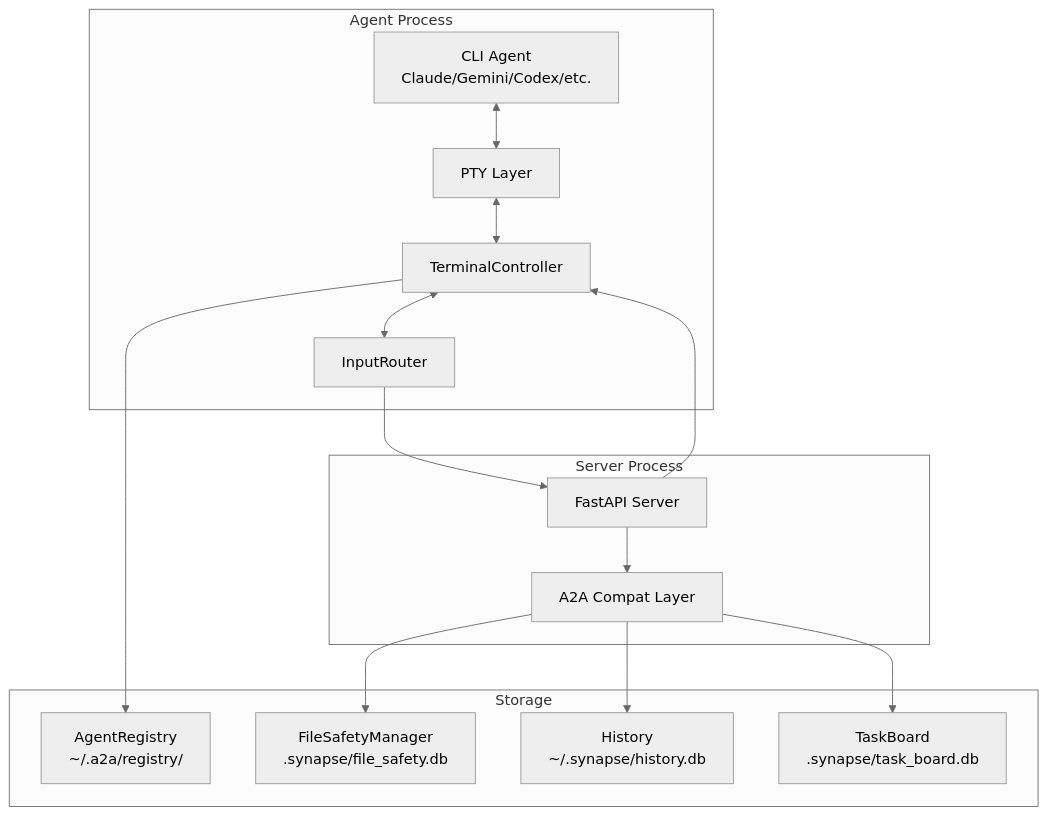
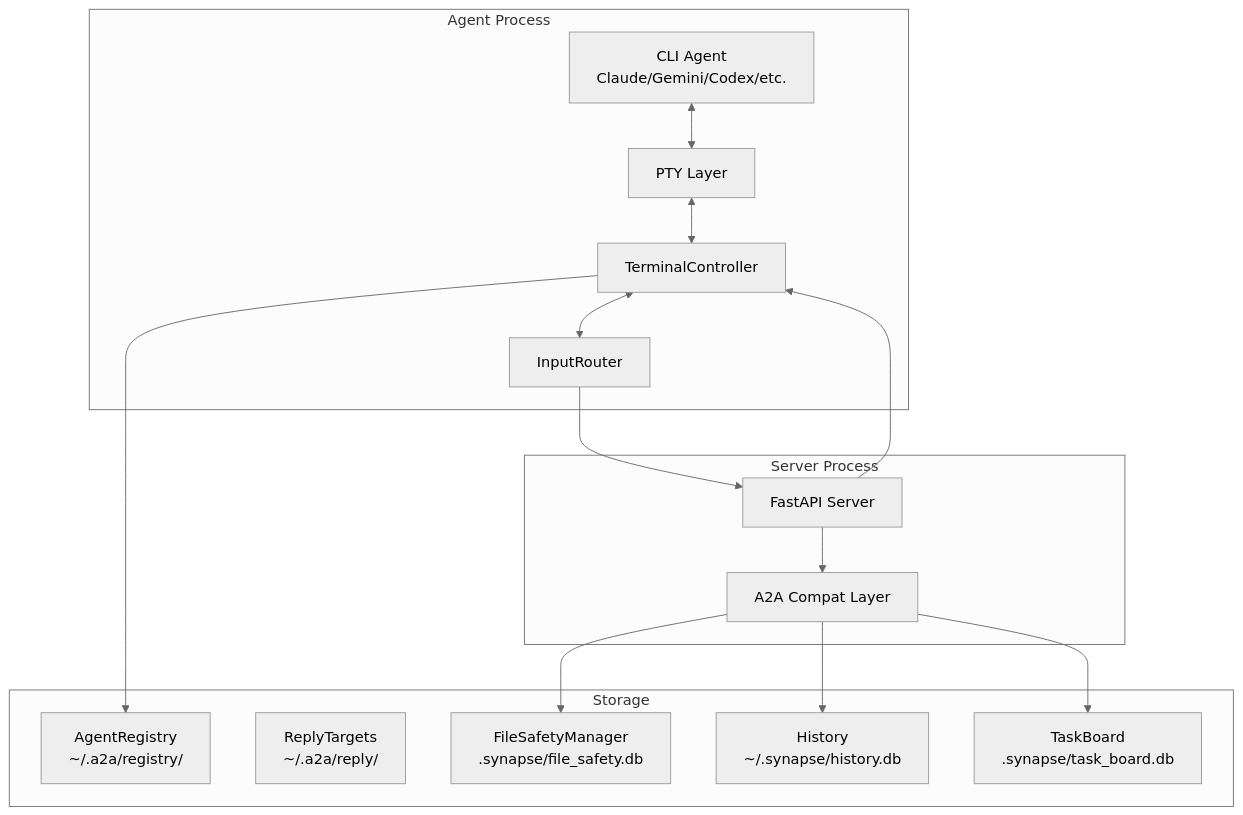
The first of 4 diagrams in site-docs/concepts/architecture.md (s-hiraoku/synapse-a2a), drawn with Mermaid (neutral theme) before and after one commit. The commit also changed other lines of this file and 16 other files, not shown here.

````diff
--- a/site-docs/concepts/architecture.md
+++ b/site-docs/concepts/architecture.md
@@ -7,32 +7,33 @@
 ```mermaid
 graph TB
     subgraph "Agent Process"
         CLI[CLI Agent<br/>Claude/Gemini/Codex/etc.]
         PTY[PTY Layer]
         TC[TerminalController]
         IR[InputRouter]
         CLI <--> PTY
         PTY <--> TC
         TC <--> IR
     end
 
     subgraph "Server Process"
         FS[FastAPI Server]
         A2A[A2A Compat Layer]
         FS --> A2A
     end
 
     subgraph "Storage"
         REG[AgentRegistry<br/>~/.a2a/registry/]
+        RPL[ReplyTargets<br/>~/.a2a/reply/]
         FSM[FileSafetyManager<br/>.synapse/file_safety.db]
         HIST[History<br/>~/.synapse/history.db]
         TB[TaskBoard<br/>.synapse/task_board.db]
     end
 
     IR --> FS
     FS --> TC
     TC --> REG
     A2A --> FSM
     A2A --> HIST
     A2A --> TB
 ```
````
